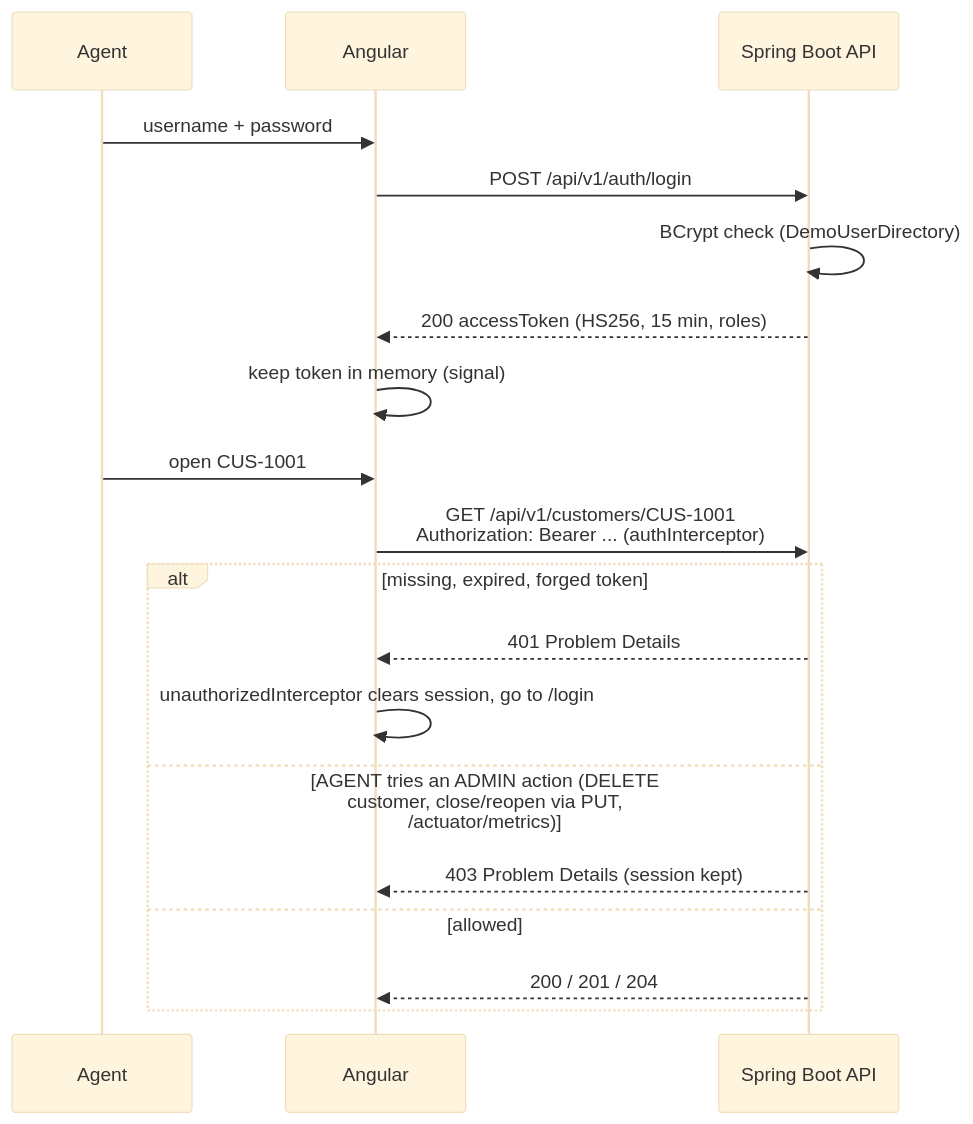
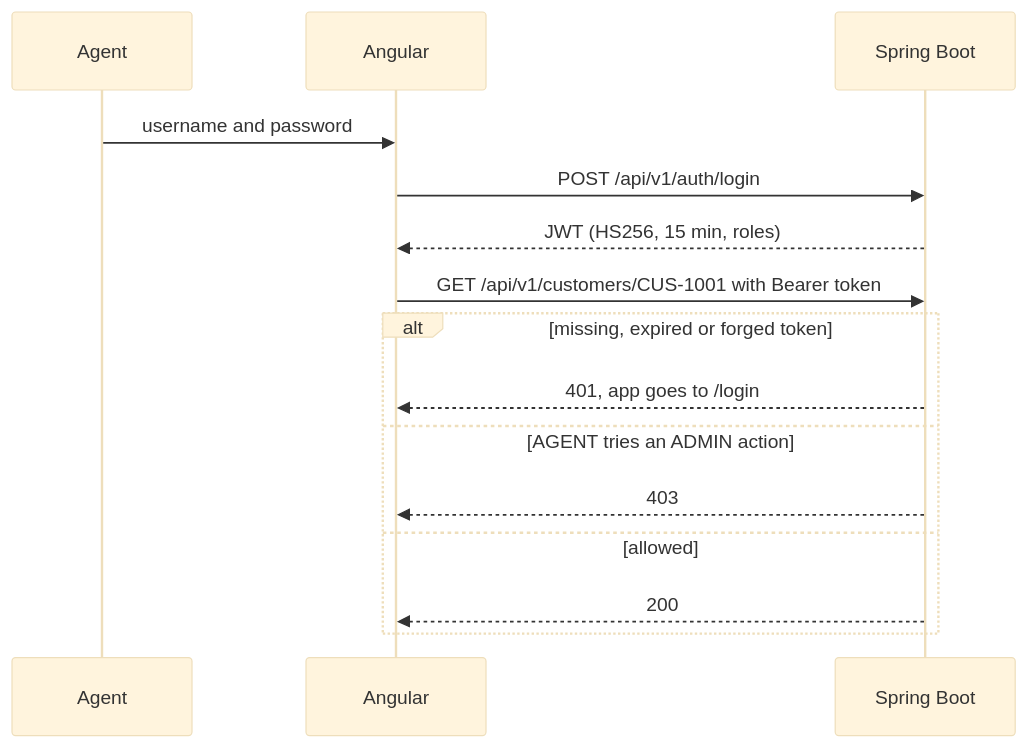
The third of 4 diagrams in docs/architecture.md (WillCraig/CapstoneProjectBoot), drawn with Mermaid (base theme) before and after one commit. The commit also changed other lines of this file and 18 other files, not shown here.

````diff
--- a/docs/architecture.md
+++ b/docs/architecture.md
@@ -76,21 +77,17 @@
 ```mermaid
 sequenceDiagram
-  participant A as Agent
+  participant U as Agent
   participant UI as Angular
-  participant API as Spring Boot API
-  A->>UI: username + password
+  participant API as Spring Boot
+  U->>UI: username and password
   UI->>API: POST /api/v1/auth/login
-  API->>API: BCrypt check (DemoUserDirectory)
-  API-->>UI: 200 accessToken (HS256, 15 min, roles)
-  UI->>UI: keep token in memory (signal)
-  A->>UI: open CUS-1001
-  UI->>API: GET /api/v1/customers/CUS-1001<br/>Authorization: Bearer ... (authInterceptor)
-  alt missing, expired, forged token
-    API-->>UI: 401 Problem Details
-    UI->>UI: unauthorizedInterceptor clears session, go to /login
-  else AGENT tries an ADMIN action (DELETE customer, close/reopen via PUT, /actuator/metrics)
-    API-->>UI: 403 Problem Details (session kept)
+  API-->>UI: JWT (HS256, 15 min, roles)
+  UI->>API: GET /api/v1/customers/CUS-1001 with Bearer token
+  alt missing, expired or forged token
+    API-->>UI: 401, app goes to /login
+  else AGENT tries an ADMIN action
+    API-->>UI: 403
   else allowed
-    API-->>UI: 200 / 201 / 204
+    API-->>UI: 200
   end
 ```
````
